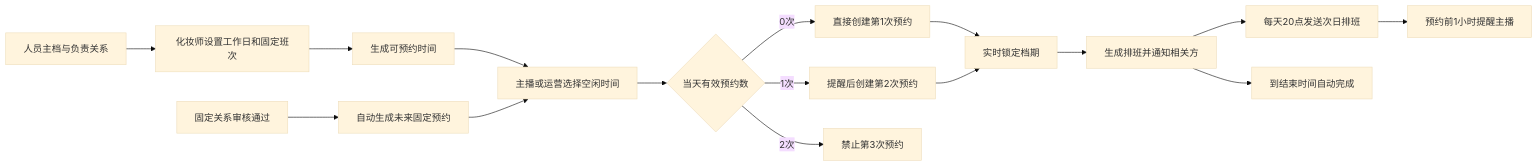
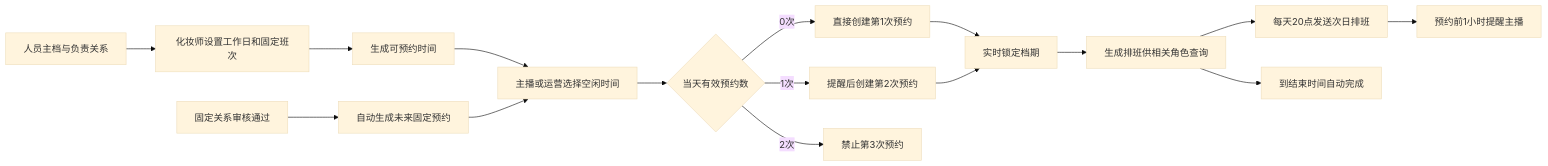
The diagram in docs/产品需求文档.md (kusento173-del/makeup-booking-system), drawn with Mermaid (base theme) before and after one commit. The commit also changed other lines of this file and 90 other files, not shown here.

````diff
--- a/docs/产品需求文档.md
+++ b/docs/产品需求文档.md
@@ -1226,18 +1172,18 @@
 ```mermaid
 flowchart LR
     A[人员主档与负责关系] --> B[化妆师设置工作日和固定班次]
     B --> C[生成可预约时间]
     D[固定关系审核通过] --> E[自动生成未来固定预约]
     C --> F[主播或运营选择空闲时间]
     E --> F
     F --> G{当天有效预约数}
     G -->|0次| H[直接创建第1次预约]
     G -->|1次| I[提醒后创建第2次预约]
     G -->|2次| J[禁止第3次预约]
     H --> K[实时锁定档期]
     I --> K
-    K --> L[生成排班并通知相关方]
+    K --> L[生成排班供相关角色查询]
     L --> M[每天20点发送次日排班]
     M --> N[预约前1小时提醒主播]
     L --> O[到结束时间自动完成]
 ```
````
